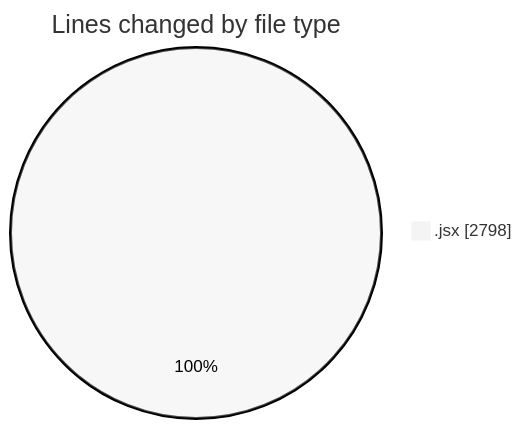
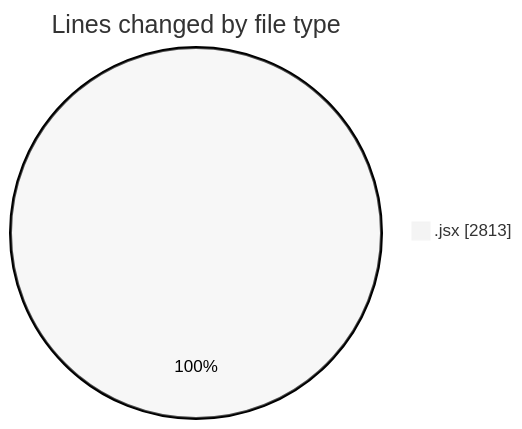
Before and after one commit to nxtqubesakshisongat/code-tracking: the first of 2 diagrams in 2025-09-25/nxtqube_webapp/README.md, drawn with Mermaid (neutral theme). The commit also changed other lines of this file and 1 other file, not shown here.

````diff
--- a/2025-09-25/nxtqube_webapp/README.md
+++ b/2025-09-25/nxtqube_webapp/README.md
@@ -20,5 +20,5 @@
 ```mermaid
 pie showData
 title Lines changed by file type
-".jsx" : 2798
+".jsx" : 2813
 ```
````
